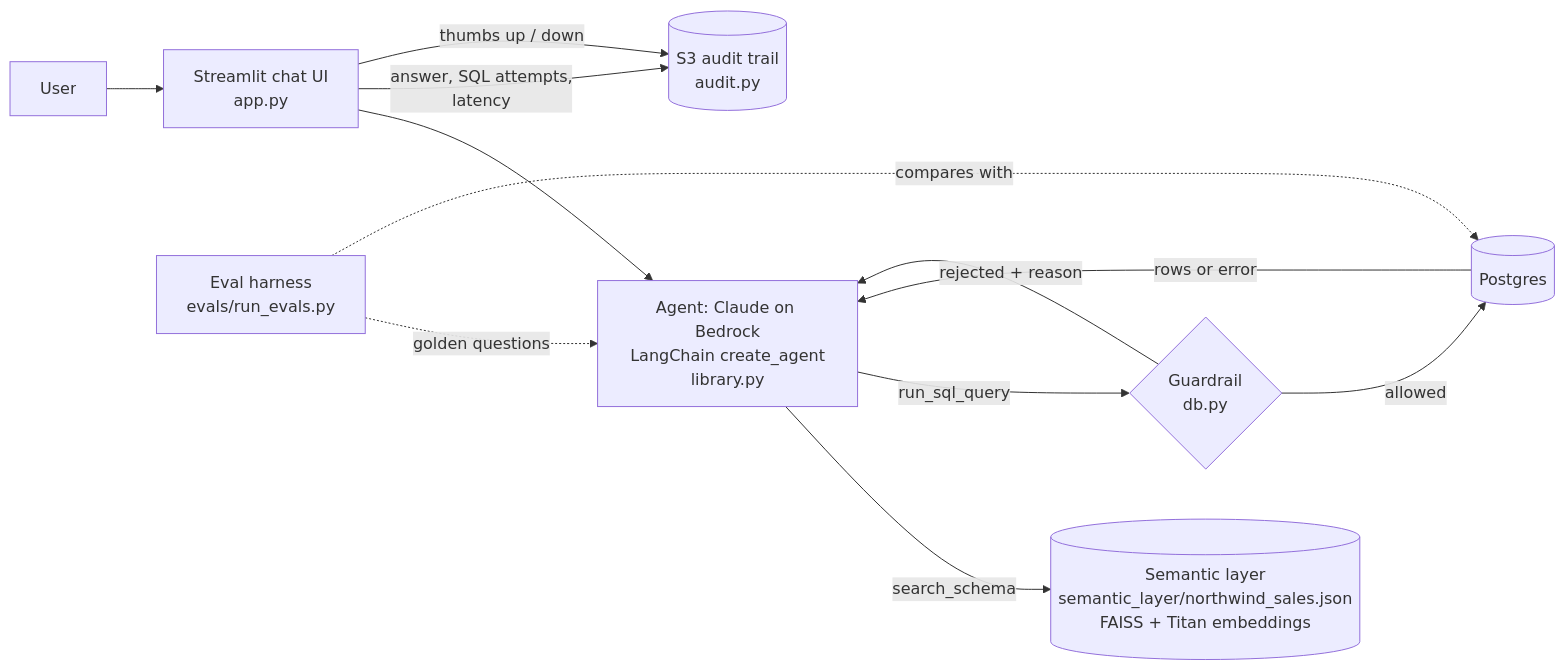
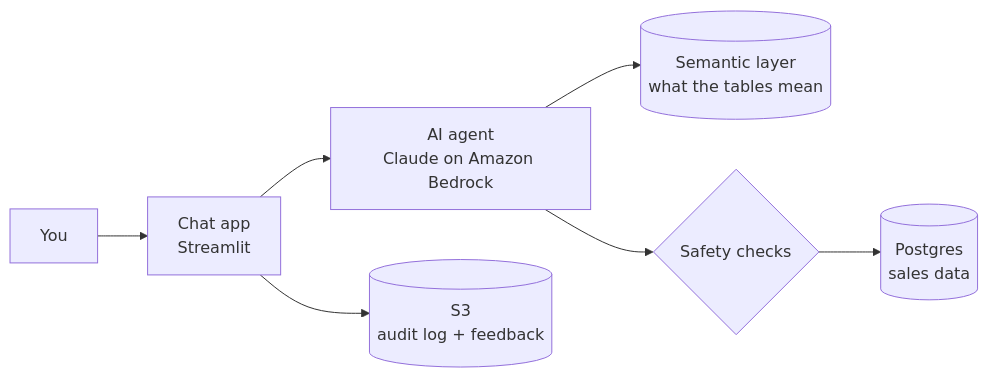
One commit to XiaotongShi-create/ai_query_rag changed the diagram in README.md. Above: the diagram before and after it, drawn with Mermaid. The commit also changed other lines of this file, not shown here.

````diff
--- a/README.md
+++ b/README.md
@@ -13,14 +19,9 @@
 ```mermaid
 flowchart LR
-    U[User] --> UI[Streamlit chat UI<br/>app.py]
-    UI --> A[Agent: Claude on Bedrock<br/>LangChain create_agent<br/>library.py]
-    A -- search_schema --> SL[(Semantic layer<br/>semantic_layer/northwind_sales.json<br/>FAISS + Titan embeddings)]
-    A -- run_sql_query --> G{Guardrail<br/>db.py}
-    G -- allowed --> DB[(Postgres)]
-    G -- rejected + reason --> A
-    DB -- rows or error --> A
-    UI -- answer, SQL attempts,<br/>latency --> AU[(S3 audit trail<br/>audit.py)]
-    UI -- thumbs up / down --> AU
-    EV[Eval harness<br/>evals/run_evals.py] -. golden questions .-> A
-    EV -. compares with .-> DB
+    U[You] --> A[Chat app<br/>Streamlit]
+    A --> B[AI agent<br/>Claude on Amazon Bedrock]
+    B --> C[(Semantic layer<br/>what the tables mean)]
+    B --> D{Safety checks}
+    D --> E[(Postgres<br/>sales data)]
+    A --> F[(S3<br/>audit log + feedback)]
 ```
````
